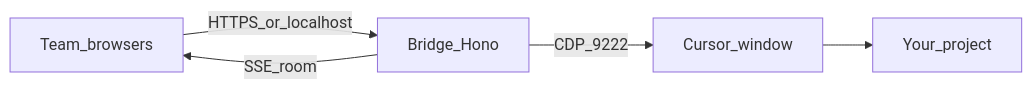
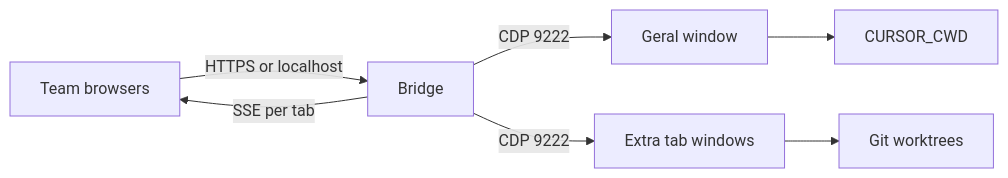
The diagram in README.md (glira/cursor-web-bridge), drawn with Mermaid before and after one commit. The commit also changed other lines of this file and 1 other file, not shown here.

````diff
--- a/README.md
+++ b/README.md
@@ -53,7 +52,9 @@
 ```mermaid
 flowchart LR
-  browsers[Team_browsers] -->|HTTPS_or_localhost| hono[Bridge_Hono]
-  hono -->|SSE_room| browsers
-  hono -->|CDP_9222| cursor[Cursor_window]
-  cursor --> workspace[Your_project]
+  browsers[Team browsers] -->|HTTPS or localhost| hono[Bridge]
+  hono -->|SSE per tab| browsers
+  hono -->|CDP 9222| geral[Geral window]
+  hono -->|CDP 9222| extra[Extra tab windows]
+  geral --> workspace[CURSOR_CWD]
+  extra --> worktrees[Git worktrees]
 ```
````
